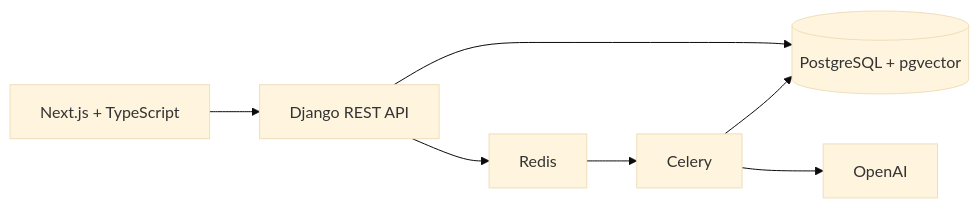
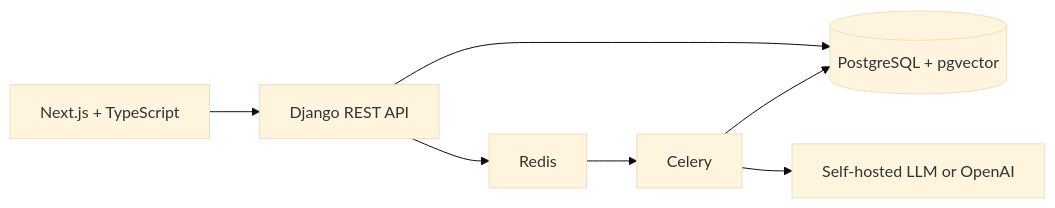
Before and after one commit to Hamidhidden/documind-ai: the diagram in README.md, drawn with Mermaid (base theme). The commit also changed other lines of this file and 24 other files, not shown here.

First line of the commit message:
feat: Persian-first, self-hosted AI foundation

````diff
--- a/README.md
+++ b/README.md
@@ -21,9 +22,9 @@
 ```mermaid
 flowchart LR
   UI[Next.js + TypeScript] --> API[Django REST API]
   API --> DB[(PostgreSQL + pgvector)]
   API --> Q[Redis]
   Q --> Worker[Celery]
   Worker --> DB
-  Worker --> AI[OpenAI]
+  Worker --> AI[Self-hosted LLM or OpenAI]
 ```
````
